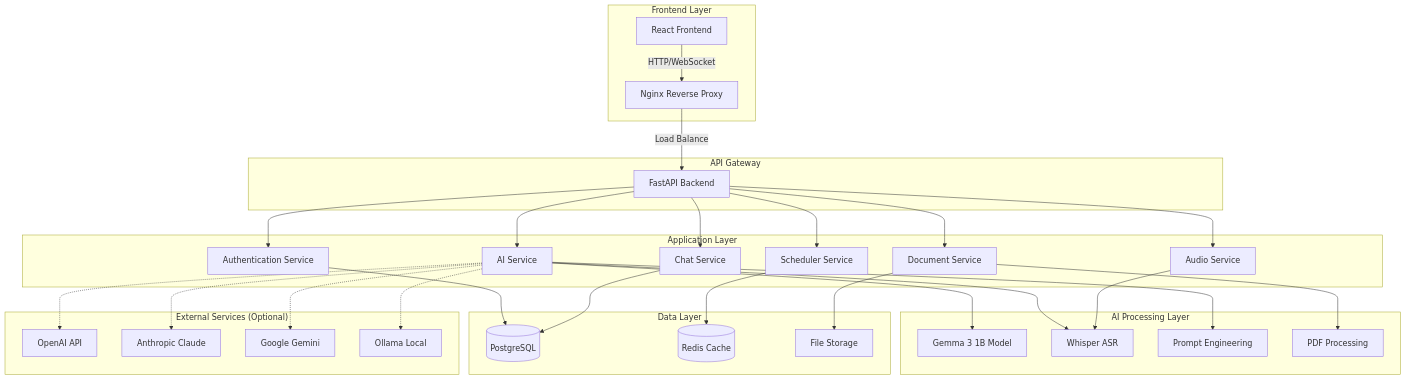
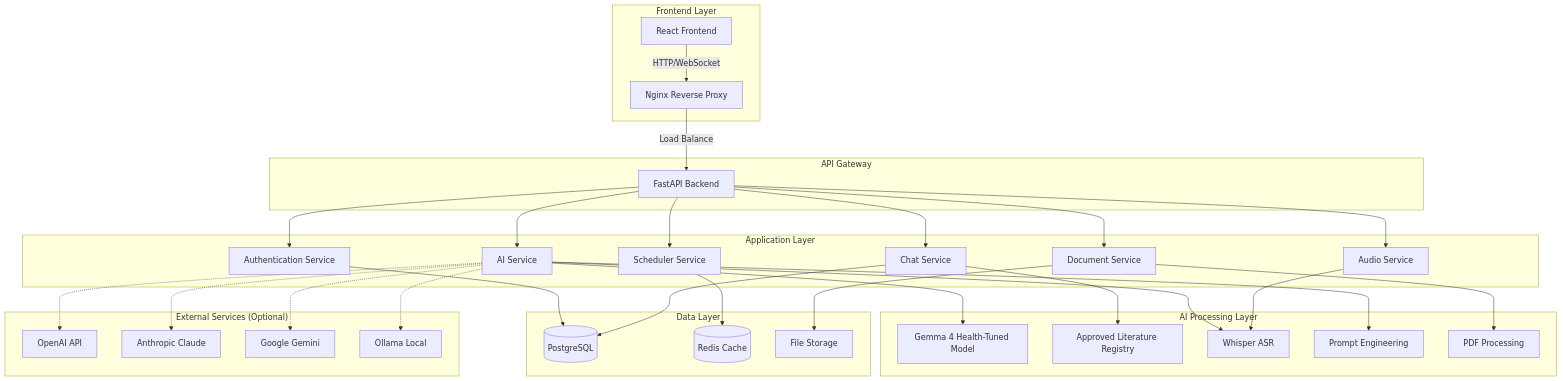
Before and after one commit to JohnThre/LLB: the diagram in docs/ARCHITECTURE.md, drawn with Mermaid. The commit also changed other lines of this file and 33 other files, not shown here.

````diff
--- a/docs/ARCHITECTURE.md
+++ b/docs/ARCHITECTURE.md
@@ -9,42 +9,43 @@
 ```mermaid
 graph TB
     subgraph "Frontend Layer"
         UI[React Frontend]
         UI --> |HTTP/WebSocket| NGINX[Nginx Reverse Proxy]
     end
     
     subgraph "API Gateway"
         NGINX --> |Load Balance| API[FastAPI Backend]
     end
     
     subgraph "Application Layer"
         API --> AUTH[Authentication Service]
         API --> CHAT[Chat Service]
         API --> AI[AI Service]
         API --> AUDIO[Audio Service]
         API --> DOC[Document Service]
         API --> SCHED[Scheduler Service]
     end
     
     subgraph "AI Processing Layer"
-        AI --> GEMMA[Gemma 3 1B Model]
+        AI --> GEMMA[Gemma 4 Health-Tuned Model]
+        CHAT --> LIT[Approved Literature Registry]
         AI --> WHISPER[Whisper ASR]
         AI --> PROMPT[Prompt Engineering]
         AUDIO --> WHISPER
         DOC --> PDF[PDF Processing]
     end
     
     subgraph "Data Layer"
         AUTH --> DB[(PostgreSQL)]
         CHAT --> DB
         SCHED --> REDIS[(Redis Cache)]
         DOC --> FILES[File Storage]
     end
     
     subgraph "External Services (Optional)"
         AI -.-> OPENAI[OpenAI API]
         AI -.-> CLAUDE[Anthropic Claude]
         AI -.-> GOOGLE[Google Gemini]
         AI -.-> OLLAMA[Ollama Local]
     end
 ```
````
